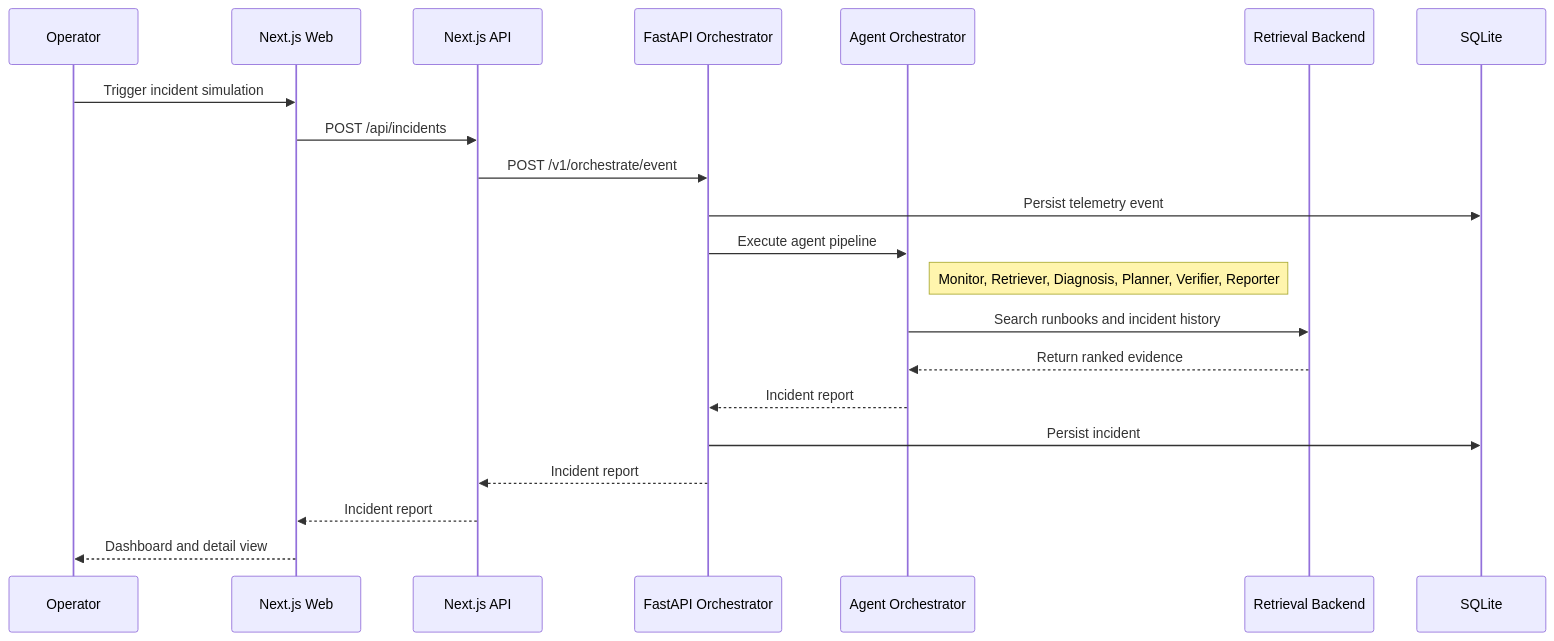
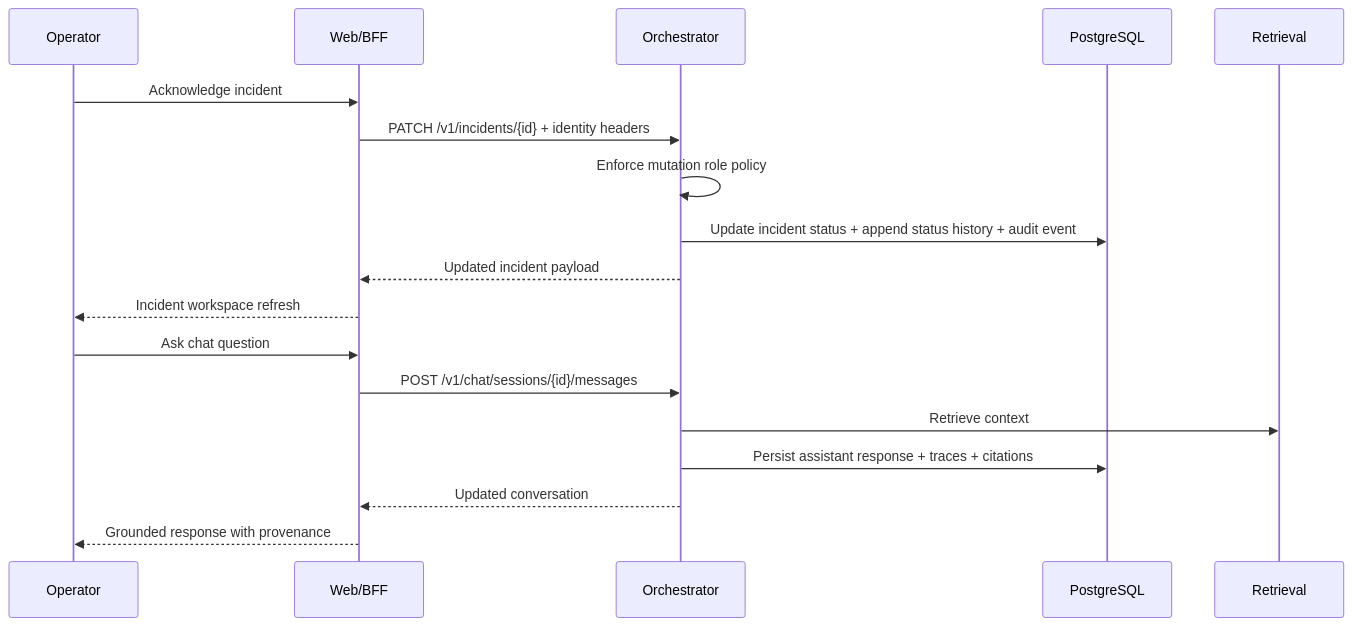
The second of 3 diagrams in docs/architecture.md (denis-mutuma/fleet-health-copilot), drawn with Mermaid before and after one commit. The commit also changed other lines of this file and 20 other files, not shown here.

Commit message:
feat: add request identity middleware and role-guarded mutations

````diff
--- a/docs/architecture.md
+++ b/docs/architecture.md
@@ -32,24 +94,22 @@
 ```mermaid
 sequenceDiagram
-  participant Operator
-  participant Web as Next.js Web
-  participant API as Next.js API
-  participant Orchestrator as FastAPI Orchestrator
-  participant Agents as Agent Orchestrator
-  participant Retrieval as Retrieval Backend
-  participant Store as SQLite
+  participant U as Operator
+  participant W as Web/BFF
+  participant O as Orchestrator
+  participant D as PostgreSQL
+  participant R as Retrieval
 
-  Operator->>Web: Trigger incident simulation
-  Web->>API: POST /api/incidents
-  API->>Orchestrator: POST /v1/orchestrate/event
-  Orchestrator->>Store: Persist telemetry event
-  Orchestrator->>Agents: Execute agent pipeline
-  Note right of Agents: Monitor, Retriever, Diagnosis, Planner, Verifier, Reporter
-  Agents->>Retrieval: Search runbooks and incident history
-  Retrieval-->>Agents: Return ranked evidence
-  Agents-->>Orchestrator: Incident report
-  Orchestrator->>Store: Persist incident
-  Orchestrator-->>API: Incident report
-  API-->>Web: Incident report
-  Web-->>Operator: Dashboard and detail view
+  U->>W: Acknowledge incident
+  W->>O: PATCH /v1/incidents/{id} + identity headers
+  O->>O: Enforce mutation role policy
+  O->>D: Update incident status + append status history + audit event
+  O-->>W: Updated incident payload
+  W-->>U: Incident workspace refresh
+
+  U->>W: Ask chat question
+  W->>O: POST /v1/chat/sessions/{id}/messages
+  O->>R: Retrieve context
+  O->>D: Persist assistant response + traces + citations
+  O-->>W: Updated conversation
+  W-->>U: Grounded response with provenance
 ```
````
